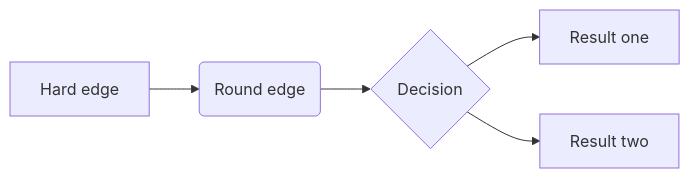
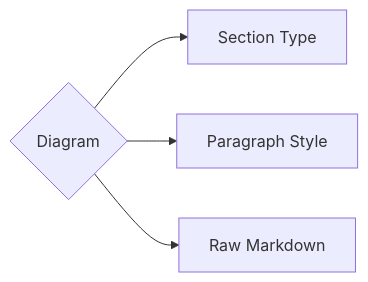
One commit to bcdavasconcelos/ScrivQ changed the fifth of 6 diagrams in export-mmd/ScrivQ24.qmd. Above: the diagram before and after it, drawn with Mermaid. The commit also changed other lines of this file and 467 other files, not shown here.

````diff
--- a/export-mmd/ScrivQ24.qmd
+++ b/export-mmd/ScrivQ24.qmd
@@ -610,13 +760,11 @@
 ```{mermaid}
 %%| label: fig-mermaid-b
 %%| fig-cap: Figure caption
 %%| column: page-right
 %%| echo: false
 
 flowchart LR
-  A[Hard edge] --> B(Round edge)
-  B --> C{Decision}
-  C --> D[Result one]
-  C --> E[Result two]
-
+  A{Diagram} --> B[Section Type]
+  A --> C[Paragraph Style]
+  A --> D[Raw Markdown]
 ```
````
